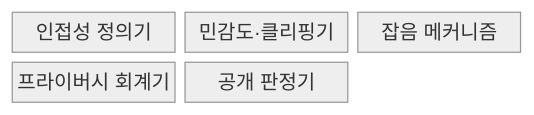
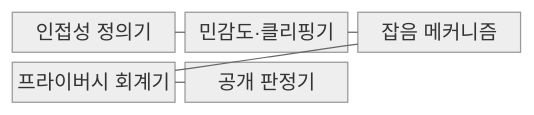
The first of 2 diagrams in src/content/docs/notes/08-latest-tech/113_differential_privacy.md (agnusdei1207/knowledge-base), drawn with Mermaid (neutral theme) before and after one commit. The commit also changed other lines of this file and 228 other files, not shown here.

````diff
--- a/src/content/docs/notes/08-latest-tech/113_differential_privacy.md
+++ b/src/content/docs/notes/08-latest-tech/113_differential_privacy.md
@@ -54,9 +54,13 @@
 ```mermaid
 block-beta
     columns 3
     A["인접성 정의기"]
     C["민감도·클리핑기"]
     N["잡음 메커니즘"]
     P["프라이버시 회계기"]
     R["공개 판정기"]
+    A --- C
+    C --- N
+    N --- P
+    P --- R
 ```
````
